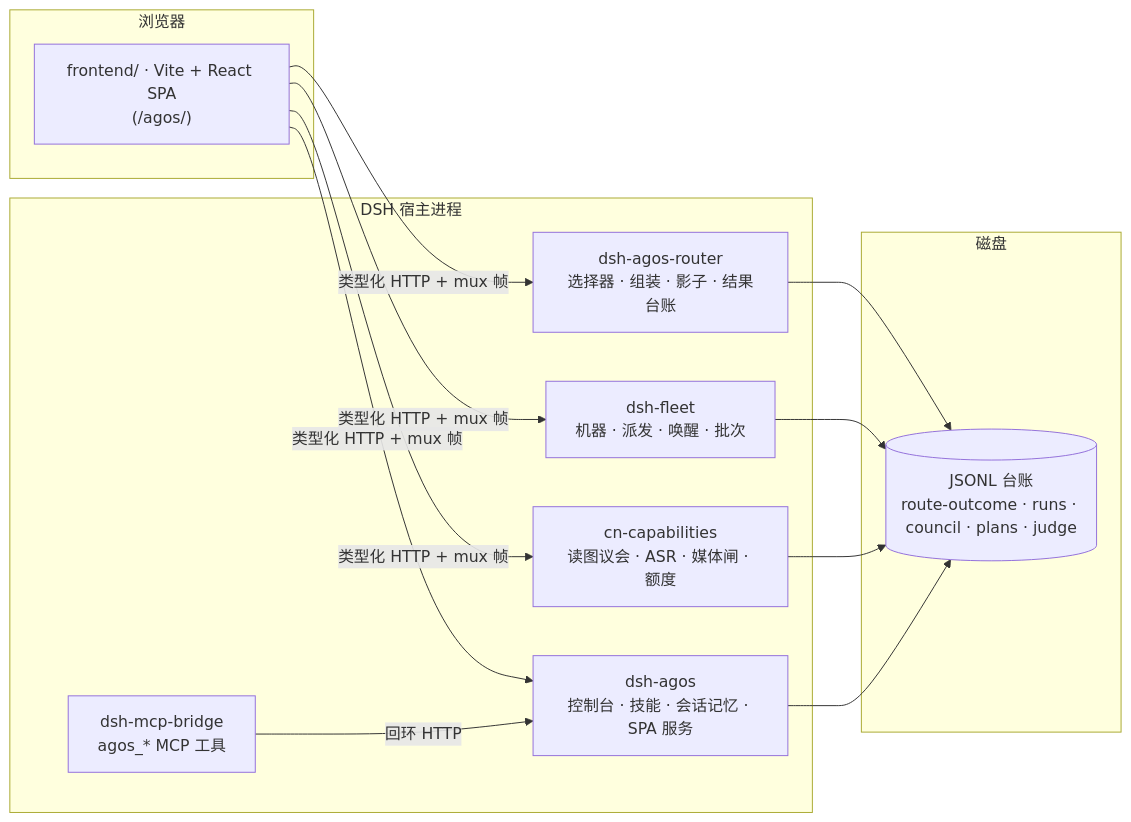
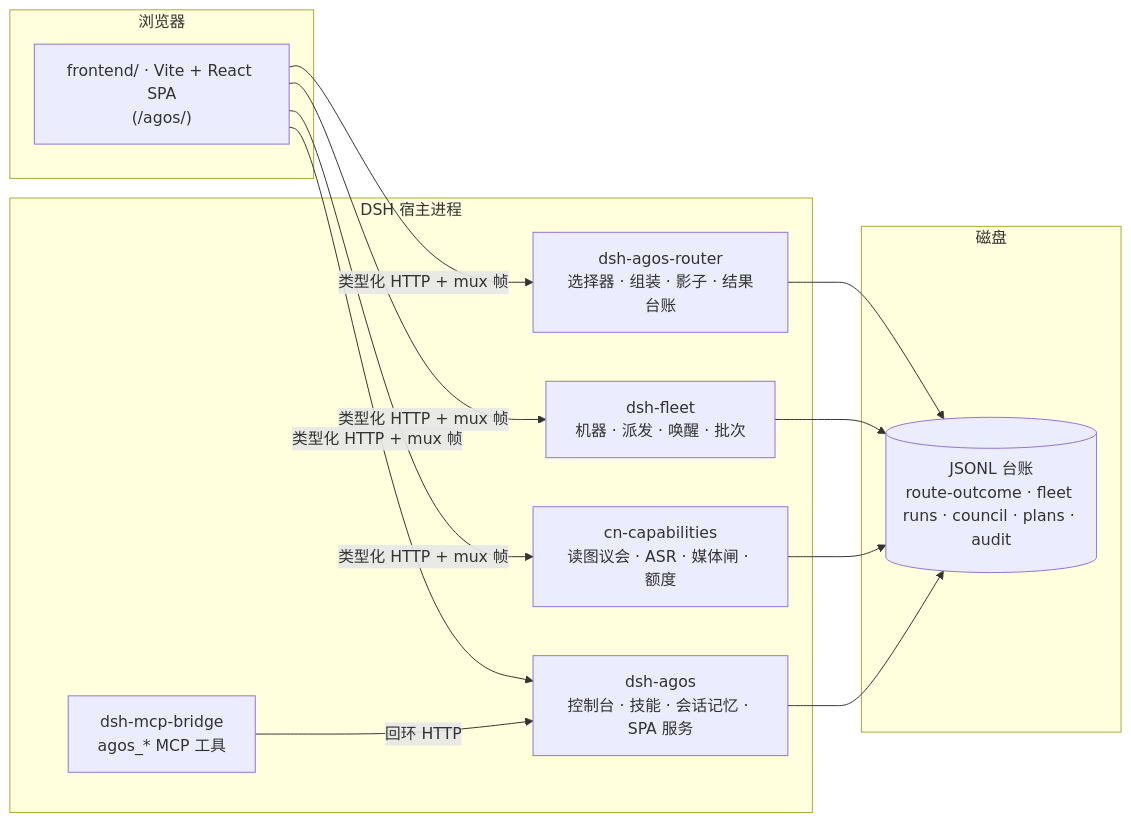
One commit to LeoLin990405/agos changed the diagram in README.zh-CN.md. Above: the diagram before and after it, drawn with Mermaid. The commit also changed other lines of this file and 1 other file, not shown here.

````diff
--- a/README.zh-CN.md
+++ b/README.zh-CN.md
@@ -65,22 +87,22 @@
 ```mermaid
 flowchart LR
   subgraph 浏览器
     SPA["frontend/ · Vite + React SPA<br/>(/agos/)"]
   end
   subgraph DSH 宿主进程
     AGOS["dsh-agos<br/>控制台 · 技能 · 会话记忆 · SPA 服务"]
     ROUTER["dsh-agos-router<br/>选择器 · 组装 · 影子 · 结果台账"]
     CN["cn-capabilities<br/>读图议会 · ASR · 媒体闸 · 额度"]
     FLEET["dsh-fleet<br/>机器 · 派发 · 唤醒 · 批次"]
     MCP["dsh-mcp-bridge<br/>agos_* MCP 工具"]
   end
   subgraph 磁盘
-    LEDGERS[("JSONL 台账<br/>route-outcome · runs · council · plans · judge")]
+    LEDGERS[("JSONL 台账<br/>route-outcome · fleet runs · council · plans · audit")]
   end
   SPA -->|类型化 HTTP + mux 帧| AGOS & ROUTER & CN & FLEET
   ROUTER --> LEDGERS
   FLEET --> LEDGERS
   CN --> LEDGERS
   AGOS --> LEDGERS
   MCP -->|回环 HTTP| AGOS
 ```
````
